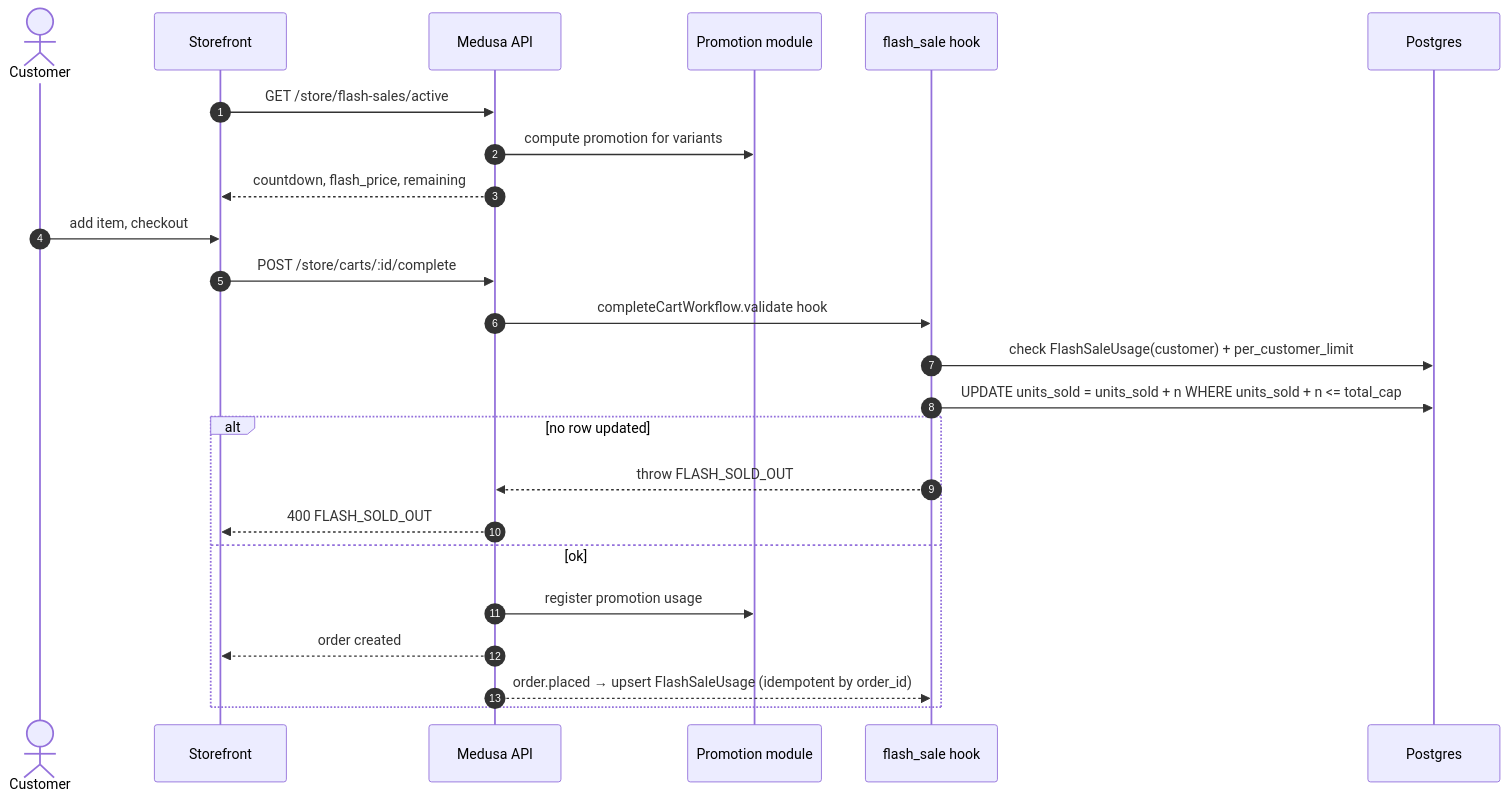
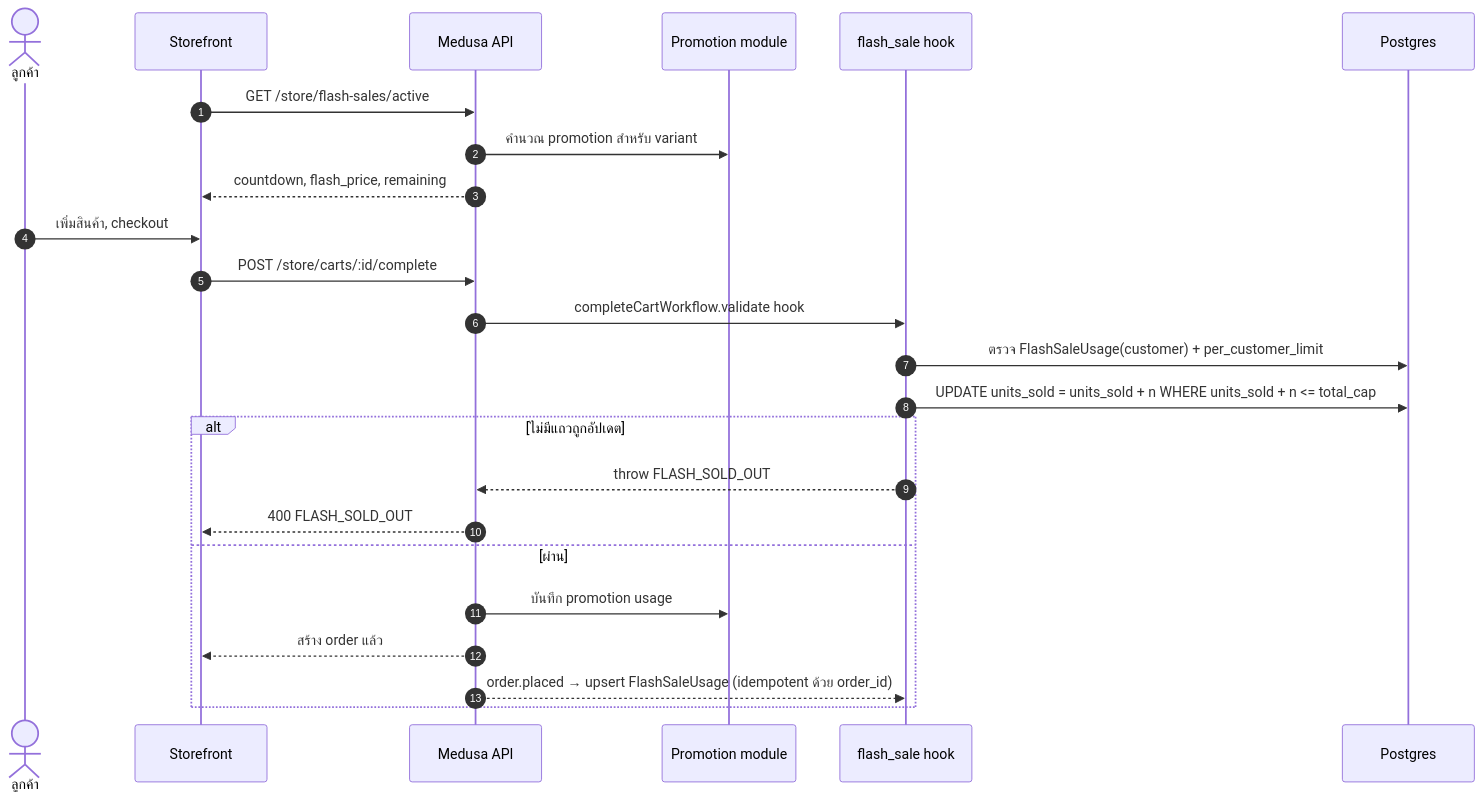
Before and after one commit to techpowerdev/medusa-ecom: the second of 7 diagrams in docs/design/sequence-diagrams.md, drawn with Mermaid. The commit also changed other lines of this file and 25 other files, not shown here.

````diff
--- a/docs/design/sequence-diagrams.md
+++ b/docs/design/sequence-diagrams.md
@@ -37,27 +37,27 @@
 ```mermaid
 sequenceDiagram
   autonumber
-  actor C as Customer
+  actor C as ลูกค้า
   participant SF as Storefront
   participant API as Medusa API
   participant PR as Promotion module
   participant FS as flash_sale hook
   participant DB as Postgres
 
   SF->>API: GET /store/flash-sales/active
-  API->>PR: compute promotion for variants
+  API->>PR: คำนวณ promotion สำหรับ variant
   API-->>SF: countdown, flash_price, remaining
-  C->>SF: add item, checkout
+  C->>SF: เพิ่มสินค้า, checkout
   SF->>API: POST /store/carts/:id/complete
   API->>FS: completeCartWorkflow.validate hook
-  FS->>DB: check FlashSaleUsage(customer) + per_customer_limit
+  FS->>DB: ตรวจ FlashSaleUsage(customer) + per_customer_limit
   FS->>DB: UPDATE units_sold = units_sold + n WHERE units_sold + n <= total_cap
-  alt no row updated
+  alt ไม่มีแถวถูกอัปเดต
     FS-->>API: throw FLASH_SOLD_OUT
     API-->>SF: 400 FLASH_SOLD_OUT
-  else ok
-    API->>PR: register promotion usage
-    API-->>SF: order created
-    API-->>FS: order.placed → upsert FlashSaleUsage (idempotent by order_id)
+  else ผ่าน
+    API->>PR: บันทึก promotion usage
+    API-->>SF: สร้าง order แล้ว
+    API-->>FS: order.placed → upsert FlashSaleUsage (idempotent ด้วย order_id)
   end
 ```
````
